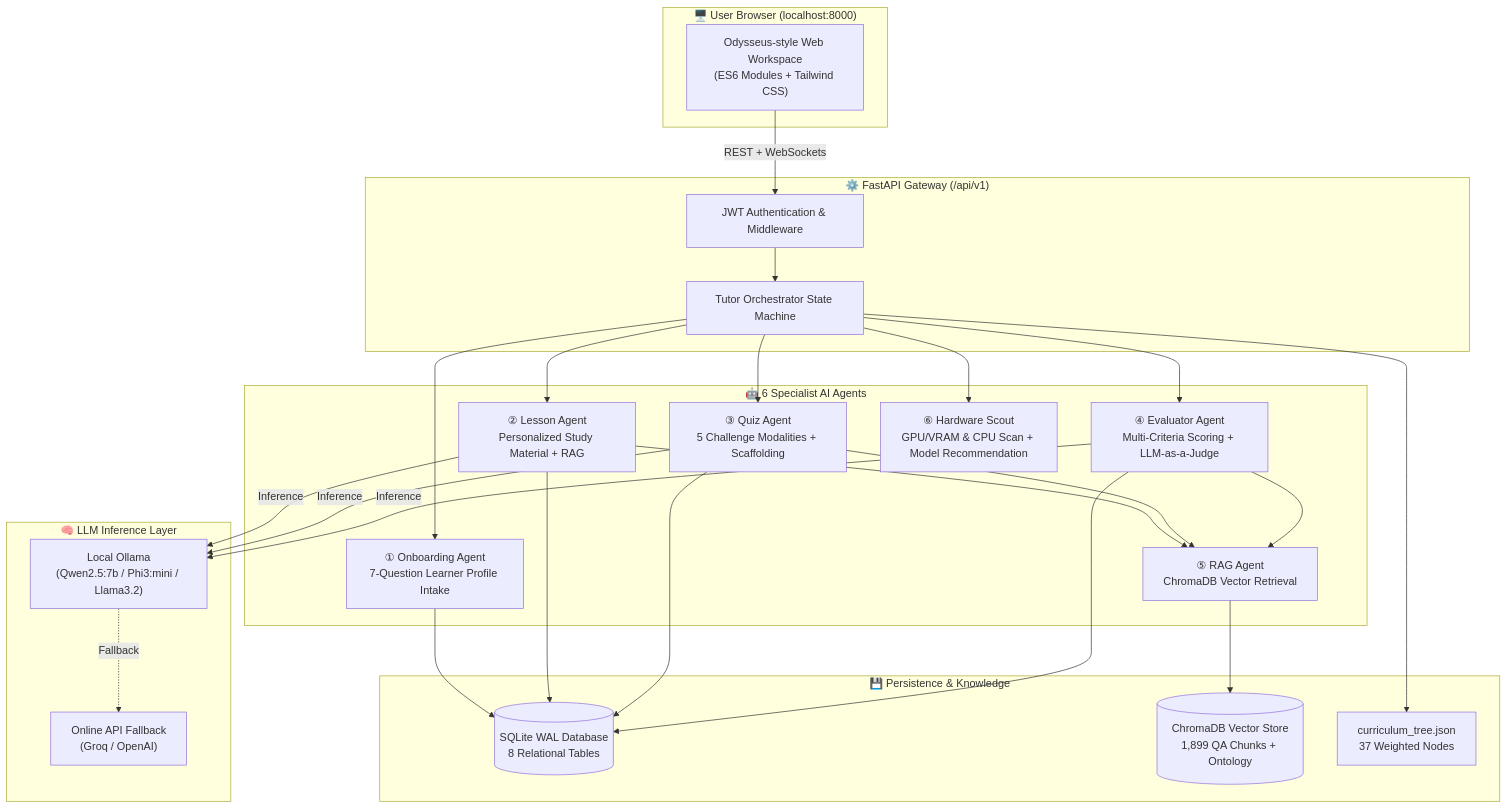
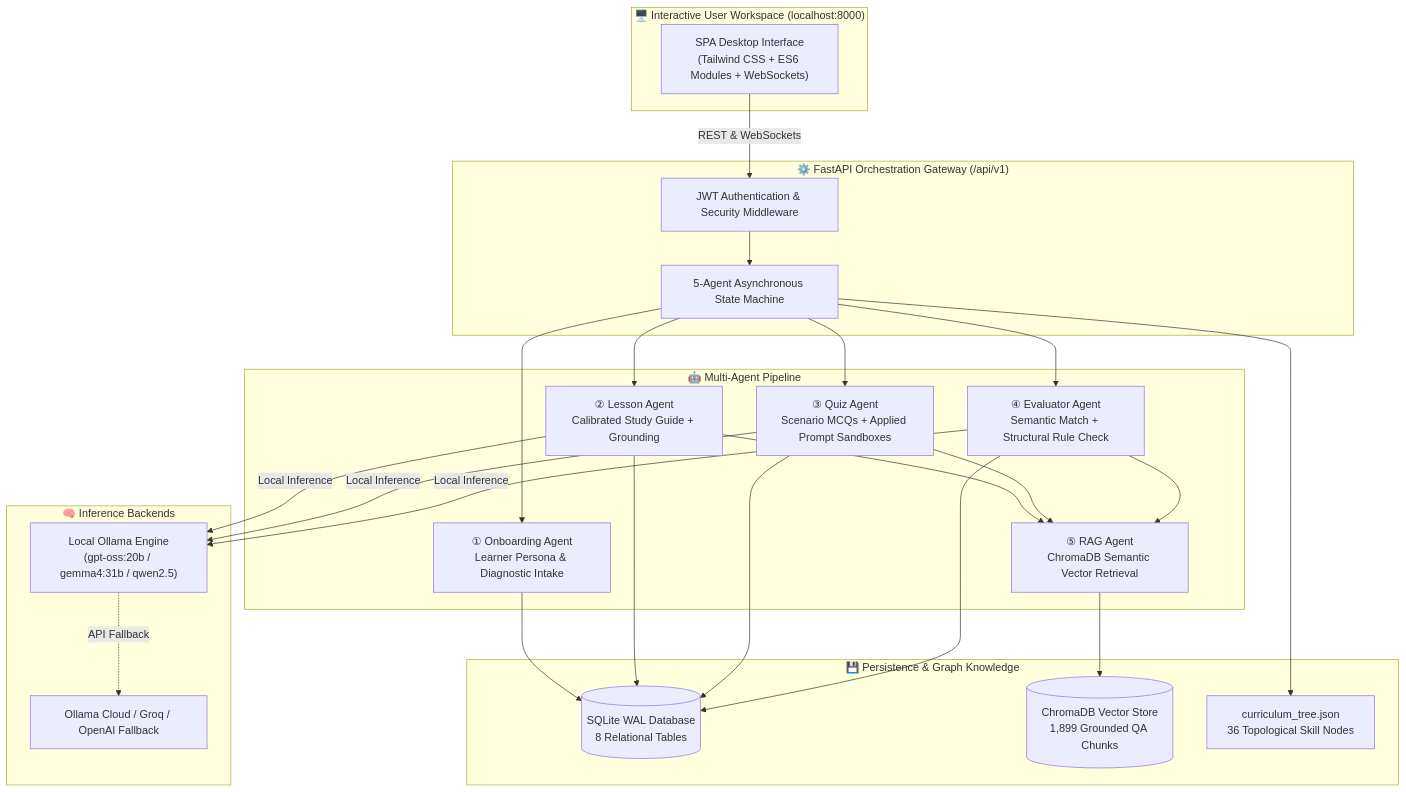
Before and after one commit to shahariarovi789-ux/project-roar-ai: the diagram in README.md, drawn with Mermaid. The commit also changed other lines of this file and 8 other files, not shown here.

````diff
--- a/README.md
+++ b/README.md
@@ -12,41 +61,40 @@
 ```mermaid
 graph TD
-    subgraph Client["🖥️ User Browser (localhost:8000)"]
-        UI["Odysseus-style Web Workspace\n(ES6 Modules + Tailwind CSS)"]
+    subgraph Client["🖥️ Interactive User Workspace (localhost:8000)"]
+        UI["SPA Desktop Interface\n(Tailwind CSS + ES6 Modules + WebSockets)"]
     end
 
-    subgraph API["⚙️ FastAPI Gateway (/api/v1)"]
-        AUTH["JWT Authentication & Middleware"]
-        ORCH["Tutor Orchestrator State Machine"]
+    subgraph Gateway["⚙️ FastAPI Orchestration Gateway (/api/v1)"]
+        AUTH["JWT Authentication & Security Middleware"]
+        ORCH["5-Agent Asynchronous State Machine"]
     end
 
-    subgraph Agents["🤖 6 Specialist AI Agents"]
-        OA["① Onboarding Agent\n7-Question Learner Profile Intake"]
-        LA["② Lesson Agent\nPersonalized Study Material + RAG"]
-        QA["③ Quiz Agent\n5 Challenge Modalities + Scaffolding"]
-        EA["④ Evaluator Agent\nMulti-Criteria Scoring + LLM-as-a-Judge"]
-        RA["⑤ RAG Agent\nChromaDB Vector Retrieval"]
-        HWA["⑥ Hardware Scout\nGPU/VRAM & CPU Scan + Model Recommendation"]
+    subgraph Agents["🤖 Multi-Agent Pipeline"]
+        OA["① Onboarding Agent\nLearner Persona & Diagnostic Intake"]
+        LA["② Lesson Agent\nCalibrated Study Guide + Grounding"]
+        QA["③ Quiz Agent\nScenario MCQs + Applied Prompt Sandboxes"]
+        EA["④ Evaluator Agent\nSemantic Match + Structural Rule Check"]
+        RA["⑤ RAG Agent\nChromaDB Semantic Vector Retrieval"]
     end
 
-    subgraph LLM["🧠 LLM Inference Layer"]
-        OLL["Local Ollama\n(Qwen2.5:7b / Phi3:mini / Llama3.2)"]
-        CLOUD["Online API Fallback\n(Groq / OpenAI)"]
+    subgraph Inference["🧠 Inference Backends"]
+        OLL["Local Ollama Engine\n(gpt-oss:20b / gemma4:31b / qwen2.5)"]
+        CLOUD["Ollama Cloud / Groq / OpenAI Fallback"]
     end
 
-    subgraph Storage["💾 Persistence & Knowledge"]
+    subgraph Storage["💾 Persistence & Graph Knowledge"]
         DB[(SQLite WAL Database\n8 Relational Tables)]
-        VDB[(ChromaDB Vector Store\n1,899 QA Chunks + Ontology)]
-        TREE["curriculum_tree.json\n37 Weighted Nodes"]
+        VDB[(ChromaDB Vector Store\n1,899 Grounded QA Chunks)]
+        DAG["curriculum_tree.json\n36 Topological Skill Nodes"]
     end
 
-    UI -->|REST + WebSockets| AUTH
+    UI -->|REST & WebSockets| AUTH
     AUTH --> ORCH
-    ORCH --> OA & LA & QA & EA & HWA
+    ORCH --> OA & LA & QA & EA
     LA & QA & EA --> RA
     RA --> VDB
     OA & LA & QA & EA --> DB
-    LA & QA & EA -->|Inference| OLL
-    OLL -.->|Fallback| CLOUD
-    ORCH --> TREE
+    LA & QA & EA -->|Local Inference| OLL
+    OLL -.->|API Fallback| CLOUD
+    ORCH --> DAG
 ```
````
